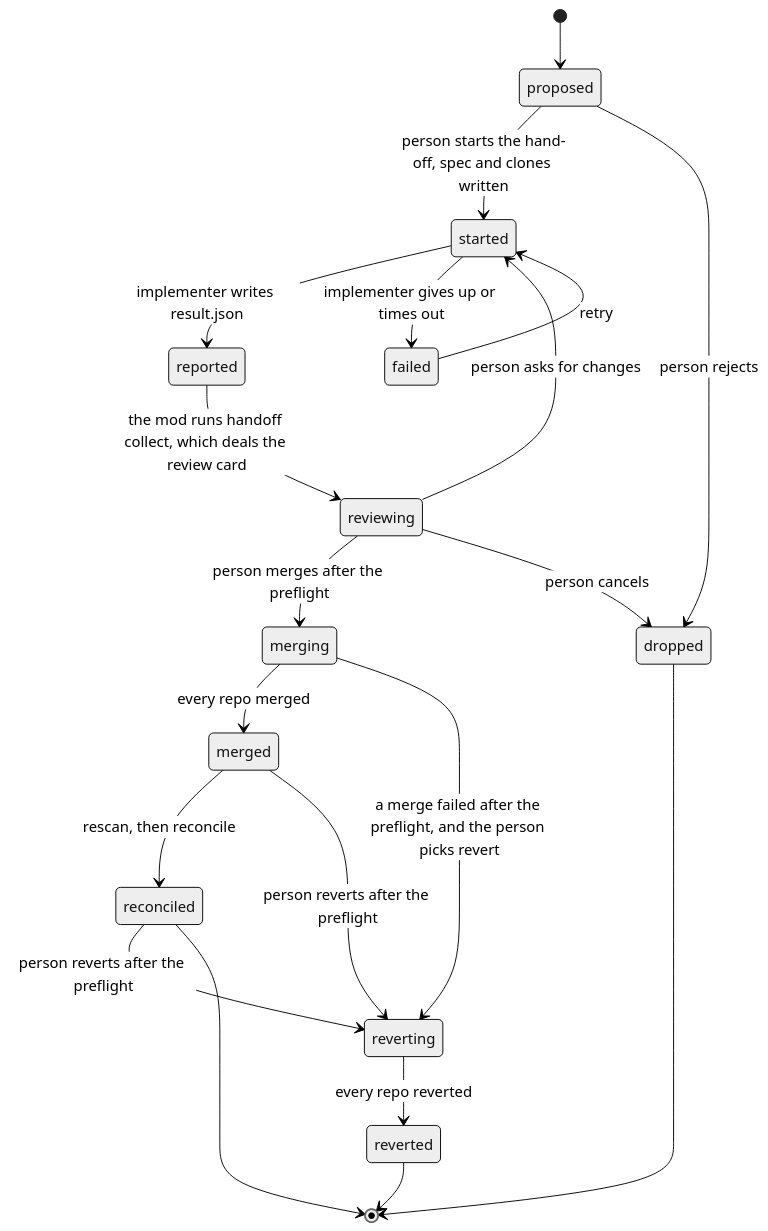
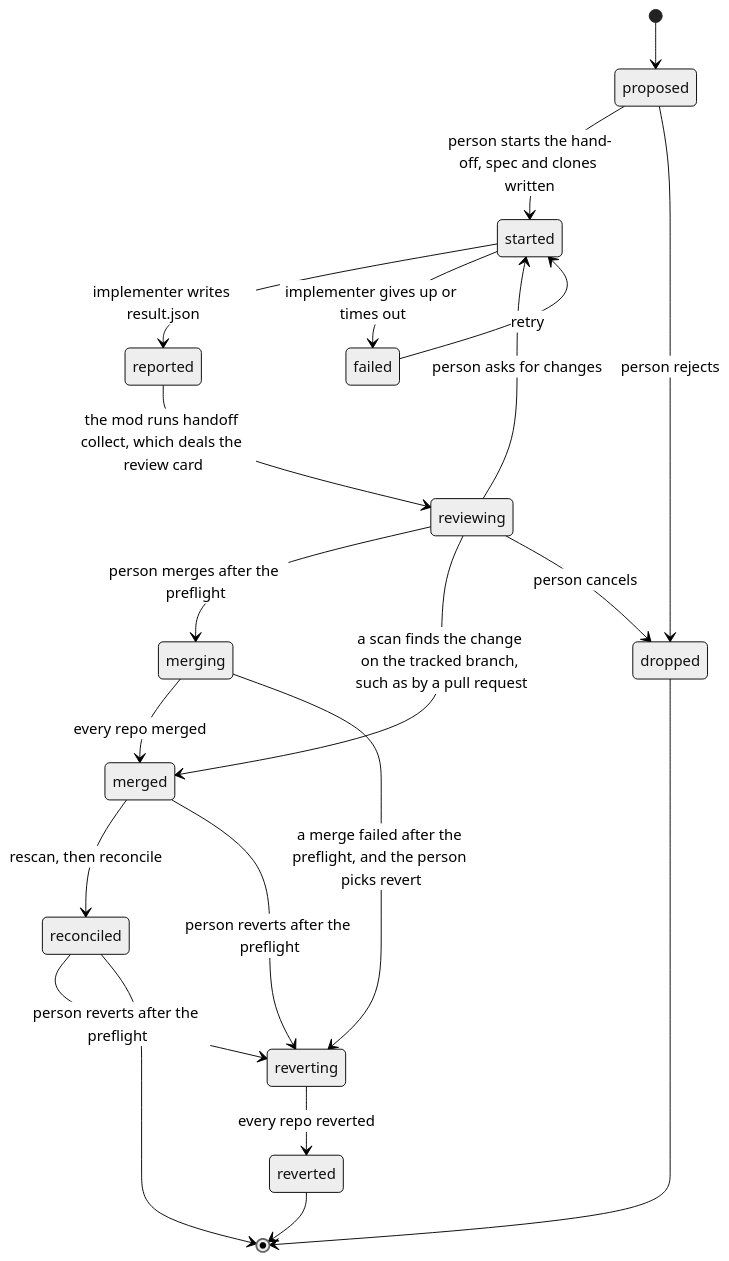
Before and after one commit to doodla/planroom: the seventh of 7 diagrams in docs/contributing/architecture.md, drawn with Mermaid (neutral theme). The commit also changed other lines of this file and 11 other files, not shown here.

First line of the commit message:
Close Phase 3: architecture review rounds 1 to 3, accepted risks signed off

````diff
--- a/docs/contributing/architecture.md
+++ b/docs/contributing/architecture.md
@@ -1134,22 +1140,23 @@
 ```mermaid
 stateDiagram-v2
     [*] --> proposed
     proposed --> started: person starts the hand-off, spec and clones written
     proposed --> dropped: person rejects
     started --> reported: implementer writes result.json
     started --> failed: implementer gives up or times out
     failed --> started: retry
     reported --> reviewing: the mod runs handoff collect, which deals the review card
     reviewing --> merging: person merges after the preflight
+    reviewing --> merged: a scan finds the change on the tracked branch, such as by a pull request
     merging --> merged: every repo merged
     merging --> reverting: a merge failed after the preflight, and the person picks revert
     reviewing --> started: person asks for changes
     reviewing --> dropped: person cancels
     merged --> reconciled: rescan, then reconcile
     merged --> reverting: person reverts after the preflight
     reconciled --> reverting: person reverts after the preflight
     reverting --> reverted: every repo reverted
     reconciled --> [*]
     reverted --> [*]
     dropped --> [*]
 ```
````
